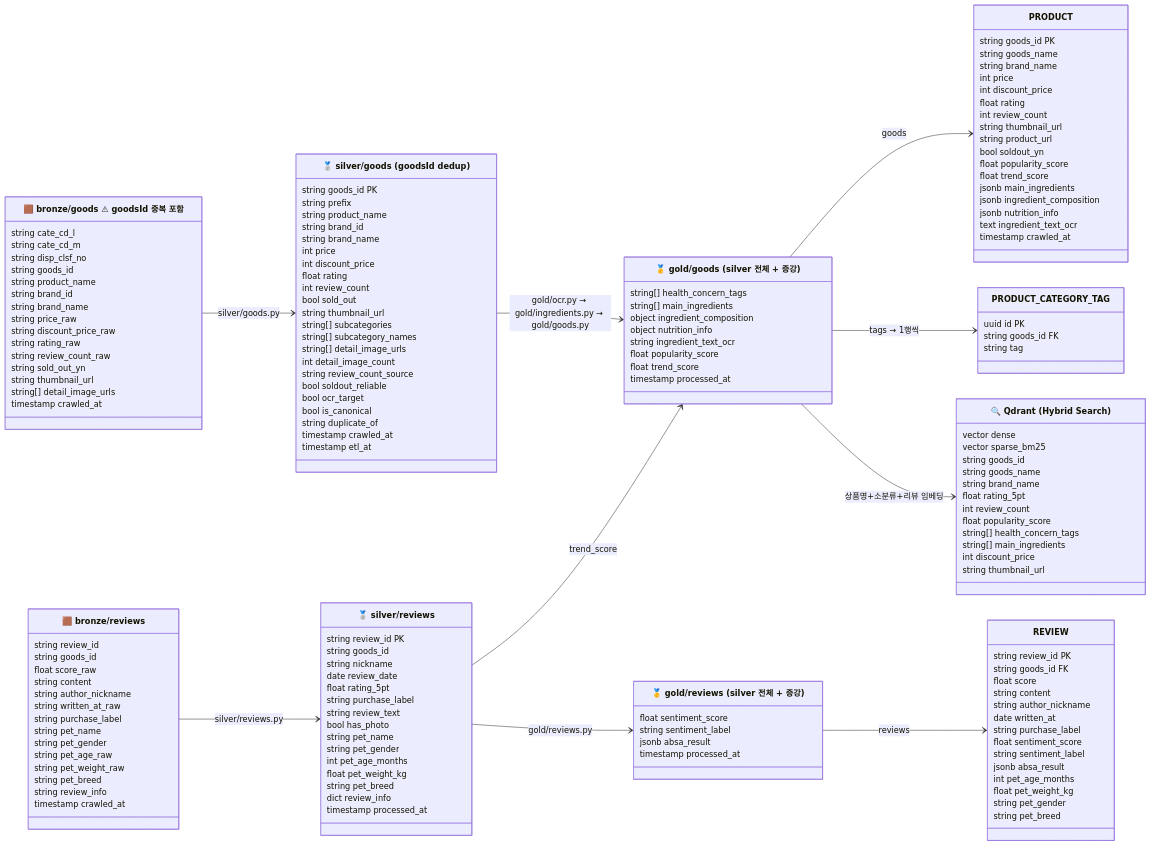
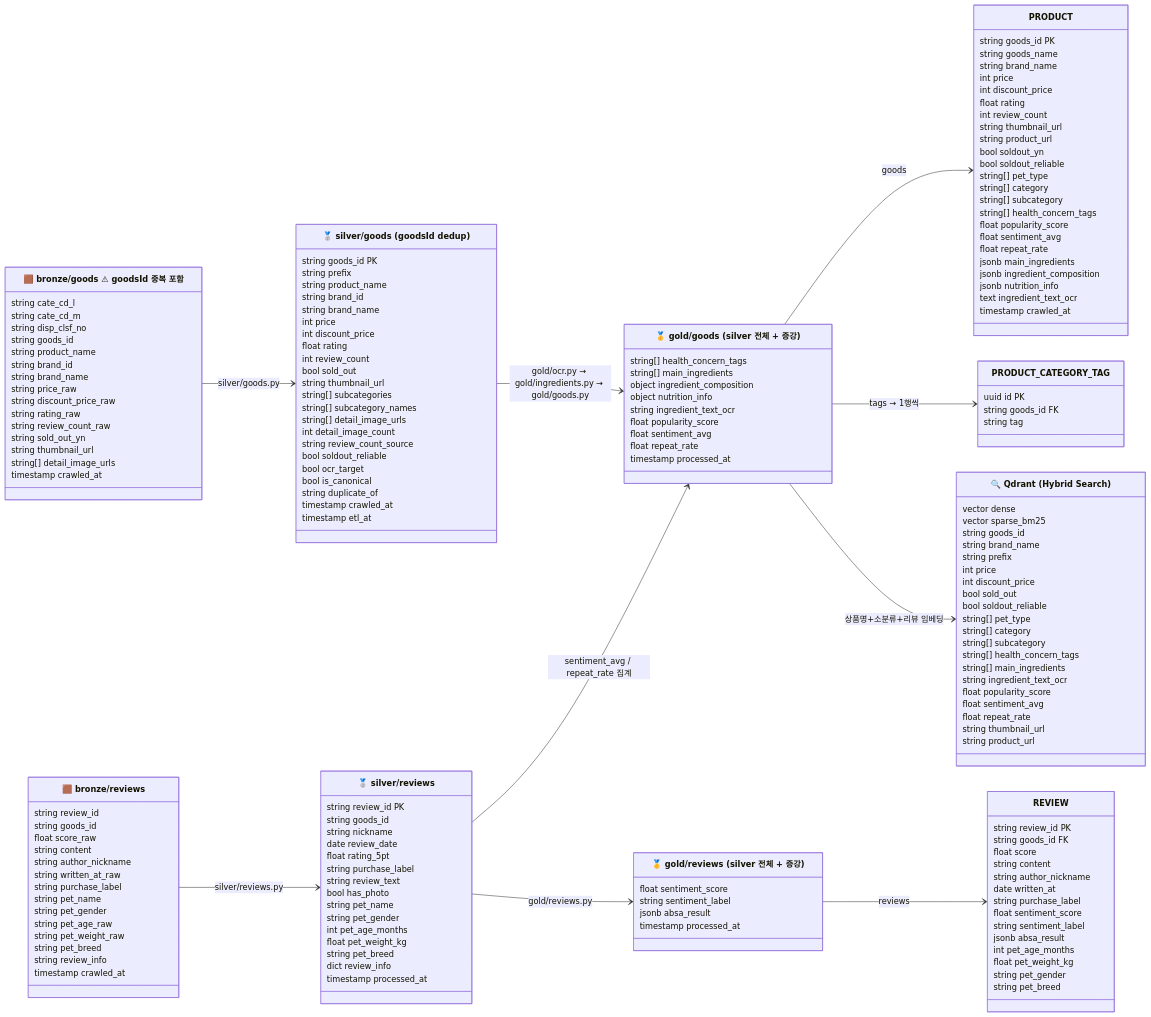
Before and after one commit to skn-ai22-251029/SKN22-Final-2Team-WEB: the second of 2 diagrams in docs/data/03_medallion_schema.md, drawn with Mermaid. The commit also changed other lines of this file and 3 other files, not shown here.

```diff
--- a/docs/data/03_medallion_schema.md
+++ b/docs/data/03_medallion_schema.md
@@ -144,7 +144,8 @@
         object    nutrition_info
         string    ingredient_text_ocr
         float     popularity_score
-        float     trend_score
+        float     sentiment_avg
+        float     repeat_rate
         timestamp processed_at
     }
 
@@ -166,8 +167,14 @@
         string  thumbnail_url
         string  product_url
         bool    soldout_yn
+        bool    soldout_reliable
+        string[]  pet_type
+        string[]  category
+        string[]  subcategory
+        string[]  health_concern_tags
         float   popularity_score
-        float   trend_score
+        float   sentiment_avg
+        float   repeat_rate
         jsonb   main_ingredients
         jsonb   ingredient_composition
         jsonb   nutrition_info
@@ -202,21 +209,29 @@
         vector  dense
         vector  sparse_bm25
         string  goods_id
-        string  goods_name
         string  brand_name
-        float   rating_5pt
-        int     review_count
-        float   popularity_score
+        string  prefix
+        int     price
+        int     discount_price
+        bool    sold_out
+        bool    soldout_reliable
+        string[]  pet_type
+        string[]  category
+        string[]  subcategory
         string[]  health_concern_tags
         string[]  main_ingredients
-        int     discount_price
+        string  ingredient_text_ocr
+        float   popularity_score
+        float   sentiment_avg
+        float   repeat_rate
         string  thumbnail_url
+        string  product_url
     }
 
     BronzeGoods   --> SilverGoods    : silver/goods.py
     BronzeReviews --> SilverReviews  : silver/reviews.py
     SilverGoods   --> GoldGoods      : gold/ocr.py → gold/ingredients.py → gold/goods.py
-    SilverReviews --> GoldGoods      : trend_score
+    SilverReviews --> GoldGoods      : sentiment_avg / repeat_rate 집계
     SilverReviews --> GoldReviews    : gold/reviews.py
     GoldGoods    --> PRODUCT       : goods
     GoldGoods    --> PRODUCT_CATEGORY_TAG : tags → 1행씩
```
